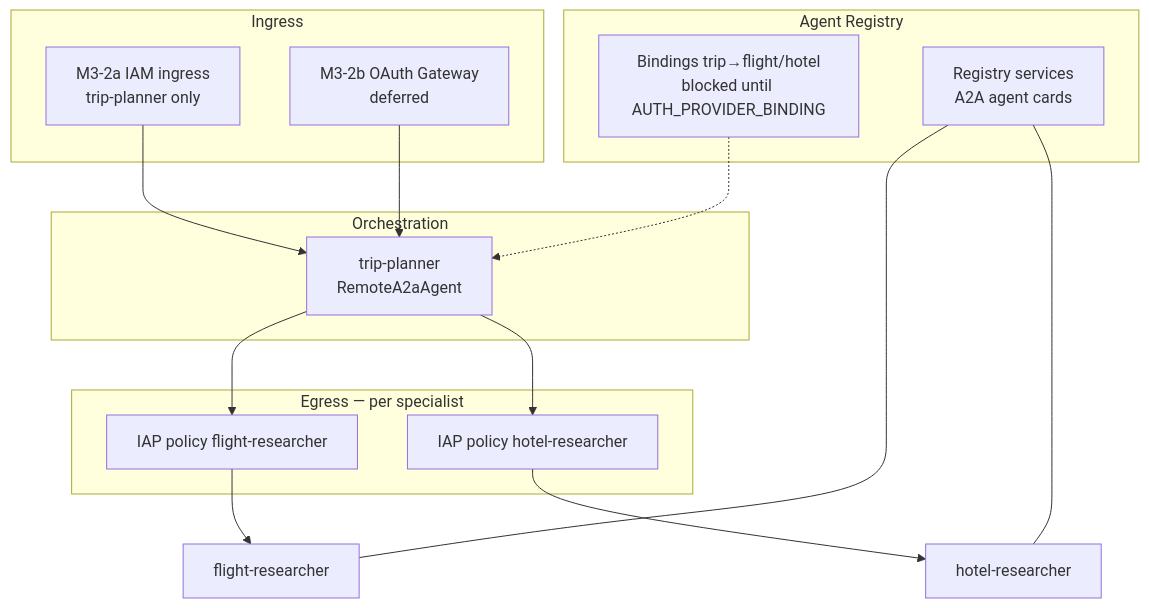
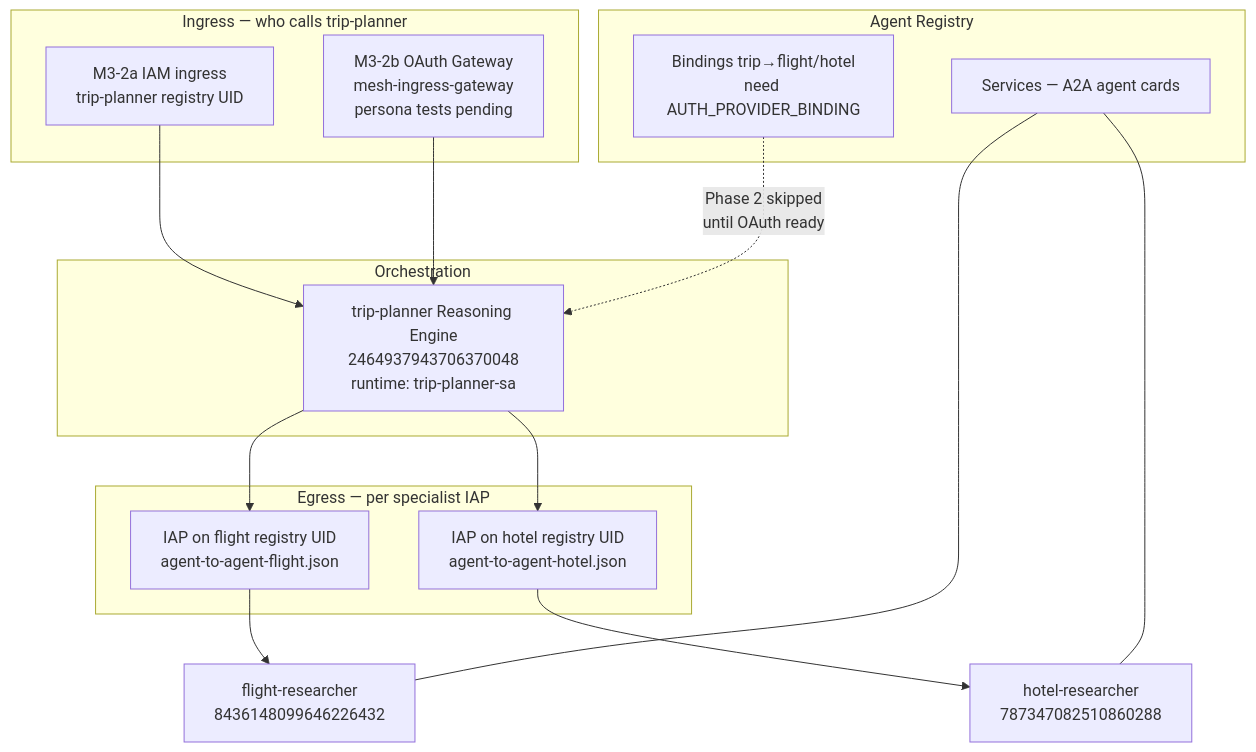
One commit to yu-iskw/agent-cli-demo changed the first of 5 diagrams in docs/guides/04-mesh-governance.md. Above: the diagram before and after it, drawn with Mermaid. The commit also changed other lines of this file and 22 other files, not shown here.

First line of the commit message:
feat(mesh): SequentialAgent A2A pipeline, gateway demo, and test fixes

````diff
--- a/docs/guides/04-mesh-governance.md
+++ b/docs/guides/04-mesh-governance.md
@@ -23,29 +47,29 @@
 ```mermaid
 flowchart TB
-  subgraph Ingress["Ingress"]
-    IAM["M3-2a IAM ingress<br/>trip-planner only"]
-    OAuth["M3-2b OAuth Gateway<br/>deferred"]
+  subgraph Ingress["Ingress — who calls trip-planner"]
+    IAM["M3-2a IAM ingress<br/>trip-planner registry UID"]
+    OAuth["M3-2b OAuth Gateway<br/>mesh-ingress-gateway<br/>persona tests pending"]
   end
 
   subgraph Orchestration["Orchestration"]
-    TP["trip-planner<br/>RemoteA2aAgent"]
+    TP["trip-planner Reasoning Engine<br/>2464937943706370048<br/>runtime: trip-planner-sa"]
   end
 
-  subgraph Egress["Egress — per specialist"]
-    IAPF["IAP policy flight-researcher"]
-    IAPH["IAP policy hotel-researcher"]
+  subgraph Egress["Egress — per specialist IAP"]
+    IAPF["IAP on flight registry UID<br/>agent-to-agent-flight.json"]
+    IAPH["IAP on hotel registry UID<br/>agent-to-agent-hotel.json"]
   end
 
   subgraph Registry["Agent Registry"]
-    SVC["Registry services<br/>A2A agent cards"]
-    BIND["Bindings trip→flight/hotel<br/>blocked until AUTH_PROVIDER_BINDING"]
+    SVC["Services — A2A agent cards"]
+    BIND["Bindings trip→flight/hotel<br/>need AUTH_PROVIDER_BINDING"]
   end
 
   IAM --> TP
   OAuth --> TP
-  TP --> IAPF --> FR["flight-researcher"]
-  TP --> IAPH --> HR["hotel-researcher"]
+  TP --> IAPF --> FR["flight-researcher<br/>8436148099646226432"]
+  TP --> IAPH --> HR["hotel-researcher<br/>787347082510860288"]
   SVC --- FR
   SVC --- HR
-  BIND -.-> TP
+  BIND -.->|"Phase 2 skipped<br/>until OAuth ready"| TP
 ```
````
